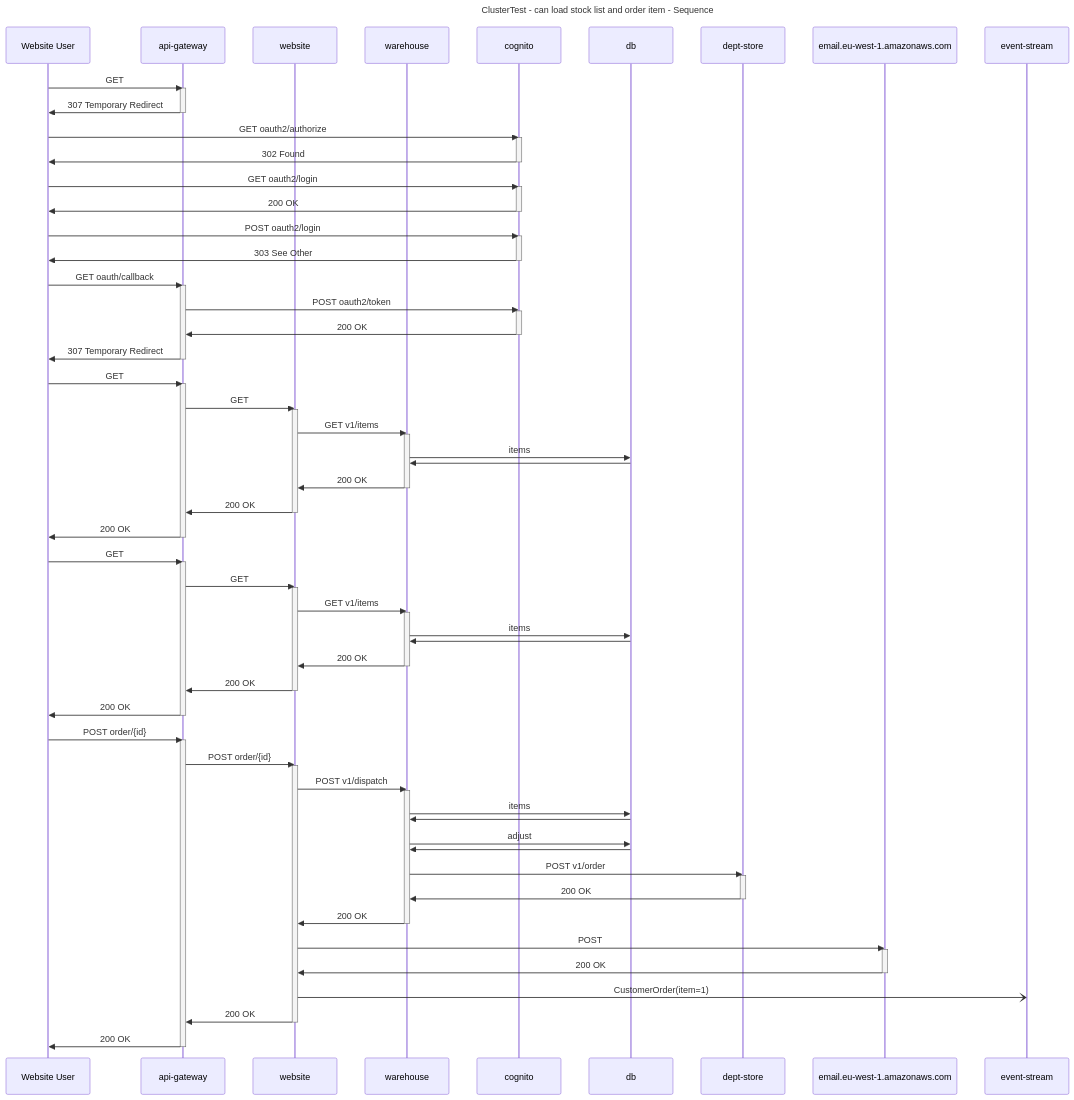
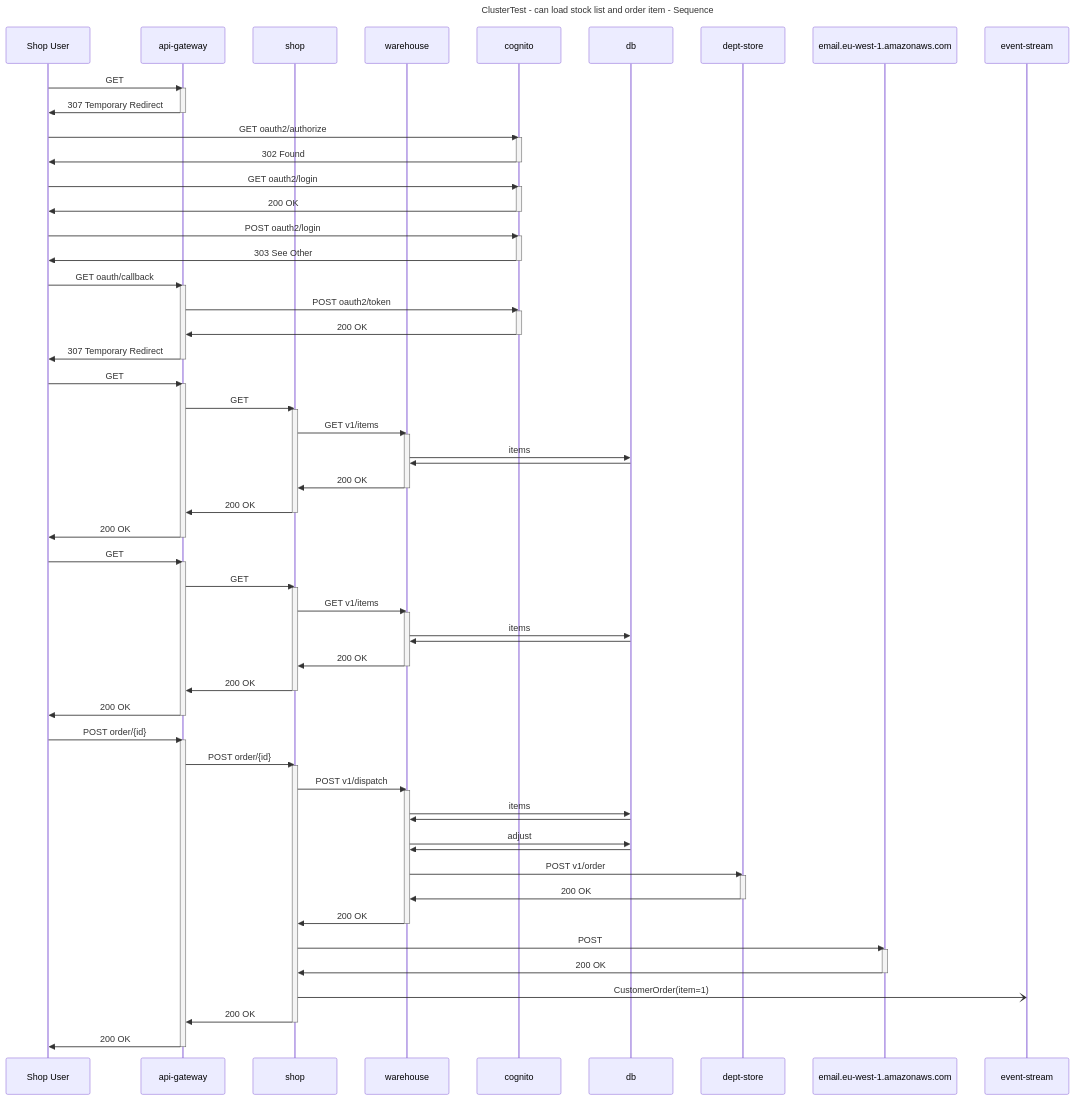
One commit to http4k/exploring-the-testing-hyperpyramid changed the first of 2 diagrams in .presentation/.generated/ClusterTest - can load stock list and order item.md. Above: the diagram before and after it, drawn with Mermaid. The commit also changed other lines of this file and 9 other files, not shown here.

Commit message:
rework diagrams

````diff
--- a/.presentation/.generated/ClusterTest - can load stock list and order item.md
+++ b/.presentation/.generated/ClusterTest - can load stock list and order item.md
@@ -2,9 +2,9 @@
 ```mermaid
 sequenceDiagram
     title ClusterTest - can load stock list and order item - Sequence
-    participant Website User
+    participant Shop User
 	participant api-gateway
-	participant website
+	participant shop
 	participant warehouse
 	participant cognito
 	participant db
@@ -12,35 +12,35 @@
 	participant email.eu-west-1.amazonaws.com
 	participant event-stream
 
-    Website User->>api-gateway: GET 
+    Shop User->>api-gateway: GET 
     activate api-gateway
     
-    api-gateway->>Website User: 307 Temporary Redirect
+    api-gateway->>Shop User: 307 Temporary Redirect
     deactivate api-gateway
     
 	
-    Website User->>cognito: GET oauth2/authorize
+    Shop User->>cognito: GET oauth2/authorize
     activate cognito
     
-    cognito->>Website User: 302 Found
+    cognito->>Shop User: 302 Found
     deactivate cognito
     
 	
-    Website User->>cognito: GET oauth2/login
+    Shop User->>cognito: GET oauth2/login
     activate cognito
     
-    cognito->>Website User: 200 OK
+    cognito->>Shop User: 200 OK
     deactivate cognito
     
 	
-    Website User->>cognito: POST oauth2/login
+    Shop User->>cognito: POST oauth2/login
     activate cognito
     
-    cognito->>Website User: 303 See Other
+    cognito->>Shop User: 303 See Other
     deactivate cognito
     
 	
-    Website User->>api-gateway: GET oauth/callback
+    Shop User->>api-gateway: GET oauth/callback
     activate api-gateway
     
     api-gateway->>cognito: POST oauth2/token
@@ -49,63 +49,63 @@
     cognito->>api-gateway: 200 OK
     deactivate cognito
     
-    api-gateway->>Website User: 307 Temporary Redirect
+    api-gateway->>Shop User: 307 Temporary Redirect
     deactivate api-gateway
     
 	
-    Website User->>api-gateway: GET 
+    Shop User->>api-gateway: GET 
     activate api-gateway
     
-    api-gateway->>website: GET 
-    activate website
+    api-gateway->>shop: GET 
+    activate shop
     
-    website->>warehouse: GET v1/items
+    shop->>warehouse: GET v1/items
     activate warehouse
     
     warehouse->>db: items
     
     db->>warehouse: 
     
-    warehouse->>website: 200 OK
+    warehouse->>shop: 200 OK
     deactivate warehouse
     
-    website->>api-gateway: 200 OK
-    deactivate website
+    shop->>api-gateway: 200 OK
+    deactivate shop
     
-    api-gateway->>Website User: 200 OK
+    api-gateway->>Shop User: 200 OK
     deactivate api-gateway
     
 	
-    Website User->>api-gateway: GET 
+    Shop User->>api-gateway: GET 
     activate api-gateway
     
-    api-gateway->>website: GET 
-    activate website
+    api-gateway->>shop: GET 
+    activate shop
     
-    website->>warehouse: GET v1/items
+    shop->>warehouse: GET v1/items
     activate warehouse
     
     warehouse->>db: items
     
     db->>warehouse: 
     
-    warehouse->>website: 200 OK
+    warehouse->>shop: 200 OK
     deactivate warehouse
     
-    website->>api-gateway: 200 OK
-    deactivate website
+    shop->>api-gateway: 200 OK
+    deactivate shop
     
-    api-gateway->>Website User: 200 OK
+    api-gateway->>Shop User: 200 OK
     deactivate api-gateway
     
 	
-    Website User->>api-gateway: POST order/{id}
+    Shop User->>api-gateway: POST order/{id}
     activate api-gateway
     
-    api-gateway->>website: POST order/{id}
-    activate website
+    api-gateway->>shop: POST order/{id}
+    activate shop
     
-    website->>warehouse: POST v1/dispatch
+    shop->>warehouse: POST v1/dispatch
     activate warehouse
     
     warehouse->>db: items
@@ -124,24 +124,24 @@
     dept-store->>warehouse: 200 OK
     deactivate dept-store
     
-    warehouse->>website: 200 OK
+    warehouse->>shop: 200 OK
     deactivate warehouse
     
 	
-    website->>email.eu-west-1.amazonaws.com: POST 
+    shop->>email.eu-west-1.amazonaws.com: POST 
     activate email.eu-west-1.amazonaws.com
     
-    email.eu-west-1.amazonaws.com->>website: 200 OK
+    email.eu-west-1.amazonaws.com->>shop: 200 OK
     deactivate email.eu-west-1.amazonaws.com
     
 	
-    website-)event-stream: CustomerOrder(item=1)
+    shop-)event-stream: CustomerOrder(item=1)
     
     
-    website->>api-gateway: 200 OK
-    deactivate website
+    shop->>api-gateway: 200 OK
+    deactivate shop
     
-    api-gateway->>Website User: 200 OK
+    api-gateway->>Shop User: 200 OK
     deactivate api-gateway
     
 ```
````
